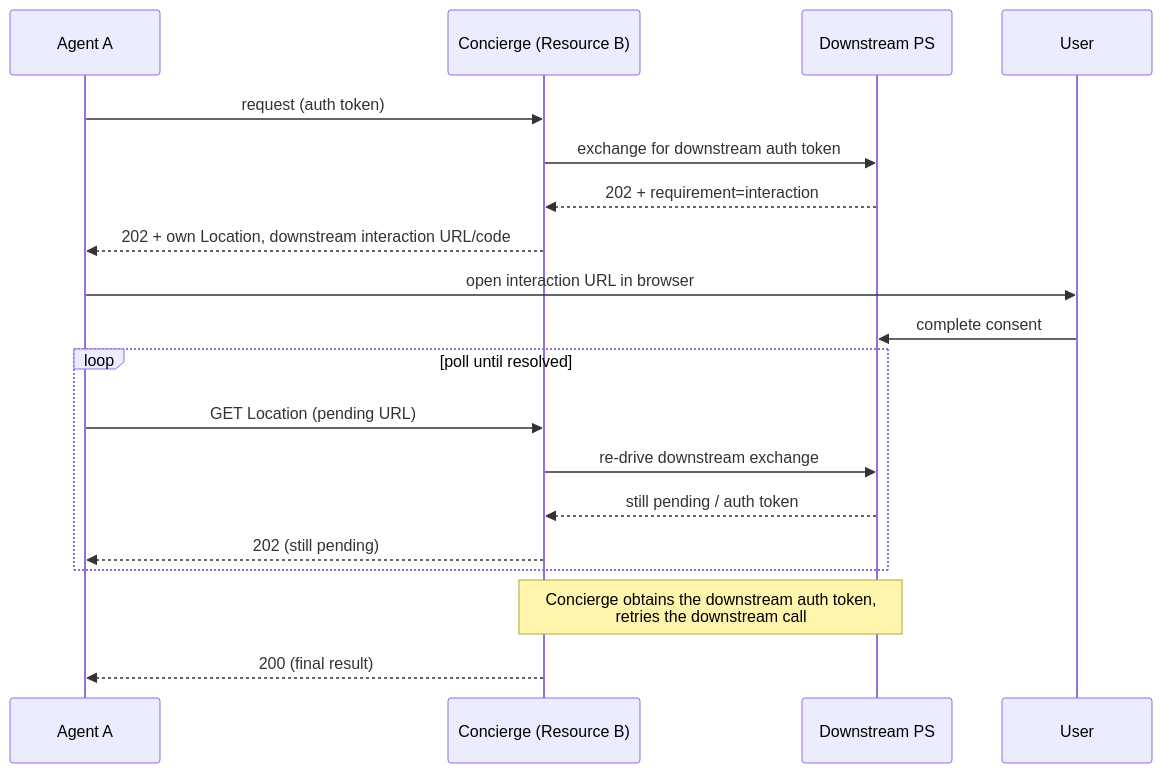
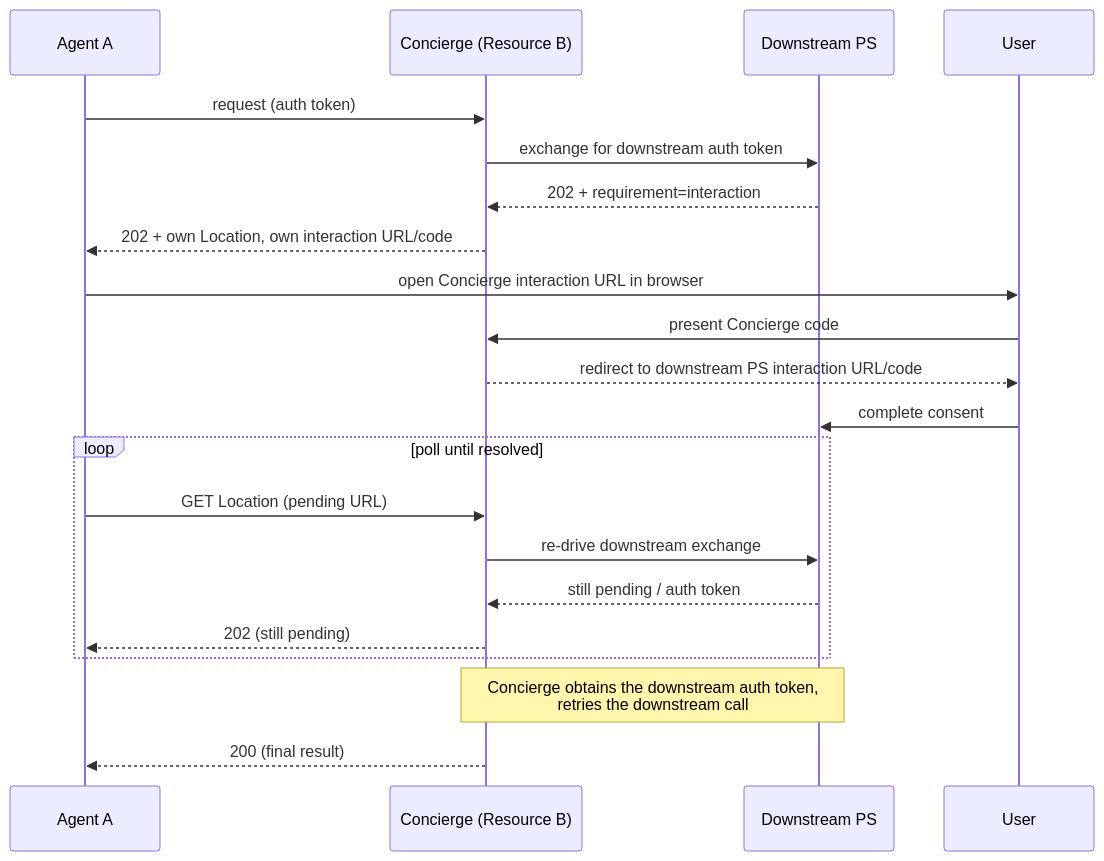
The diagram in docs/advanced/interaction-chaining.md (aauth-dev/dotnet-samples), drawn with Mermaid before and after one commit. The commit also changed other lines of this file and 27 other files, not shown here.

````diff
--- a/docs/advanced/interaction-chaining.md
+++ b/docs/advanced/interaction-chaining.md
@@ -31,24 +28,26 @@
 ```mermaid
 sequenceDiagram
     participant A as Agent A
     participant C as Concierge (Resource B)
     participant PS as Downstream PS
     participant U as User
 
     A->>C: request (auth token)
     C->>PS: exchange for downstream auth token
     PS-->>C: 202 + requirement=interaction
-    C-->>A: 202 + own Location, downstream interaction URL/code
+    C-->>A: 202 + own Location, own interaction URL/code
 
-    A->>U: open interaction URL in browser
+    A->>U: open Concierge interaction URL in browser
+    U->>C: present Concierge code
+    C-->>U: redirect to downstream PS interaction URL/code
     U->>PS: complete consent
 
     loop poll until resolved
         A->>C: GET Location (pending URL)
         C->>PS: re-drive downstream exchange
         PS-->>C: still pending / auth token
         C-->>A: 202 (still pending)
     end
     Note over C,PS: Concierge obtains the downstream auth token,<br/>retries the downstream call
     C-->>A: 200 (final result)
 ```
````
